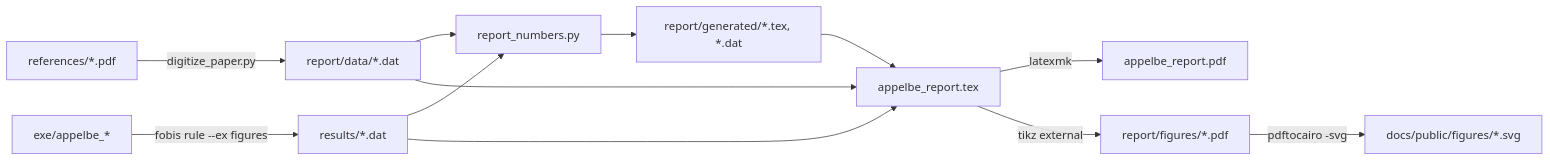
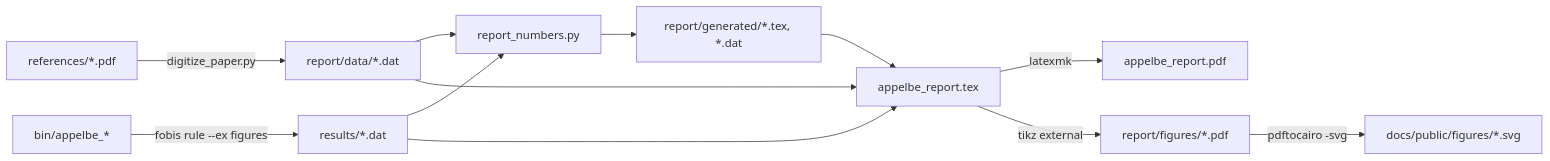
The diagram in docs/guide/report.md (szaghi/appelbe), drawn with Mermaid before and after one commit. The commit also changed 22 other files, not shown here.

First line of the commit message:
build: adopt the fobis scaffold, split drivers and tests

````diff
--- a/docs/guide/report.md
+++ b/docs/guide/report.md
@@ -10,14 +10,14 @@
 ```mermaid
 flowchart LR
   pdf[references/*.pdf] -->|digitize_paper.py| data[report/data/*.dat]
-  drivers[exe/appelbe_*] -->|fobis rule --ex figures| results[results/*.dat]
+  drivers[bin/appelbe_*] -->|fobis rule --ex figures| results[results/*.dat]
   data --> numbers[report_numbers.py]
   results --> numbers
   numbers --> gen[report/generated/*.tex, *.dat]
   results --> tex[appelbe_report.tex]
   data --> tex
   gen --> tex
   tex -->|latexmk| out[appelbe_report.pdf]
   tex -->|tikz external| figs[report/figures/*.pdf]
   figs -->|pdftocairo -svg| svg[docs/public/figures/*.svg]
 ```
````
